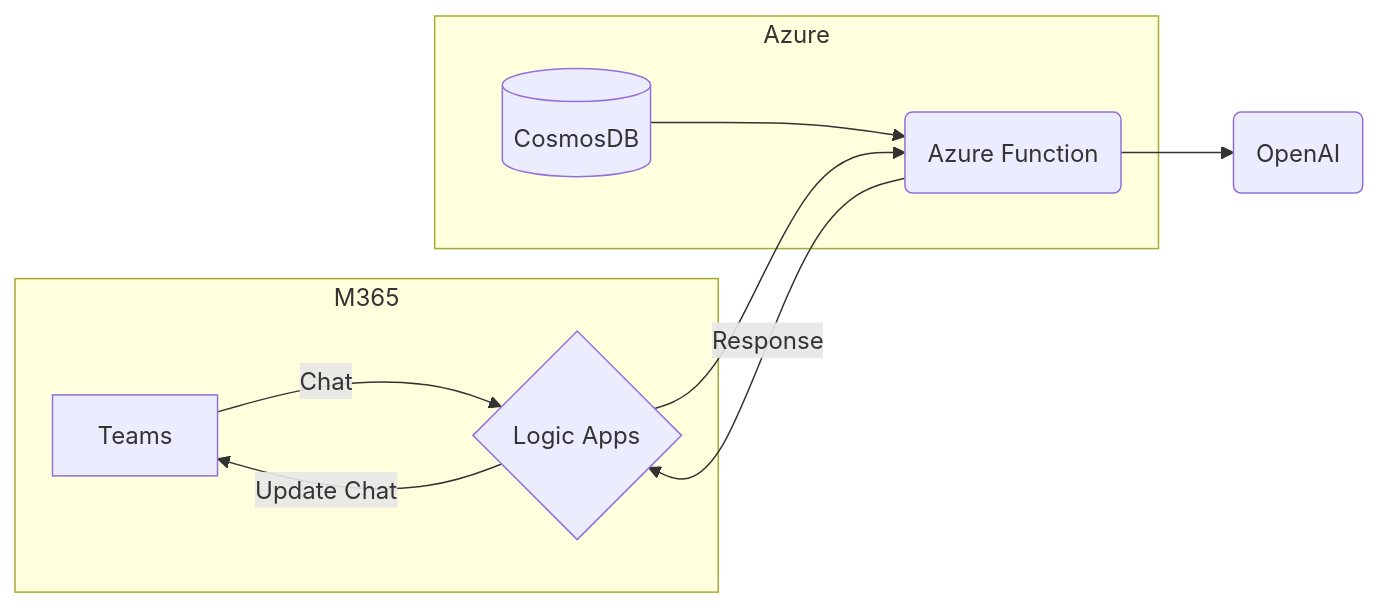
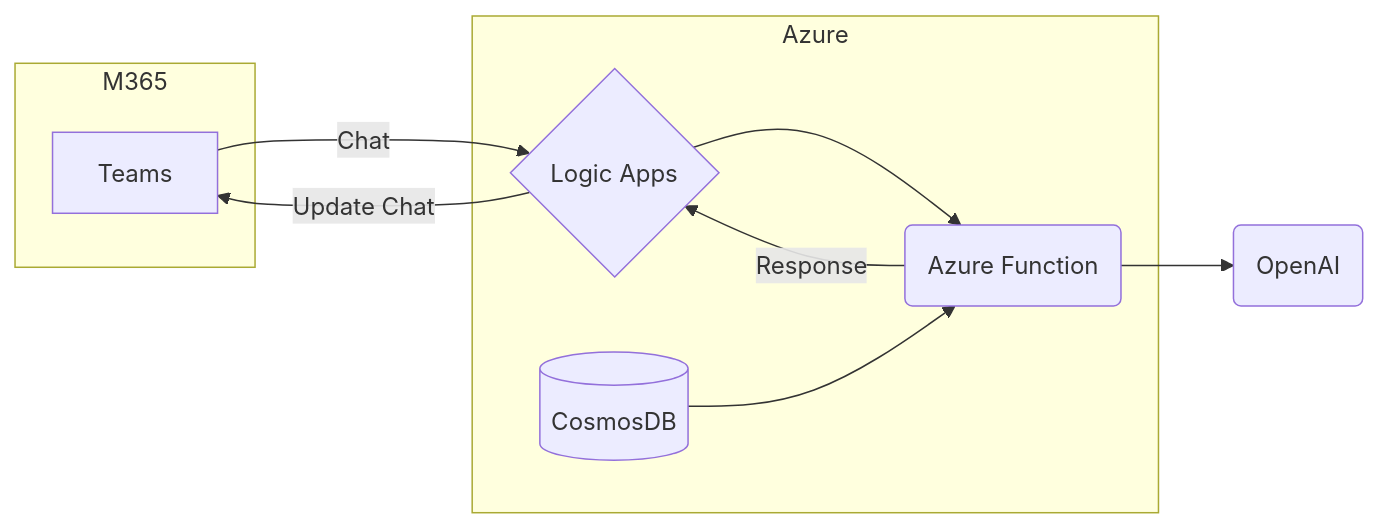
The first of 3 diagrams in README.md (nagendramishr/mini-rag-quickstart), drawn with Mermaid before and after one commit.

````diff
--- a/README.md
+++ b/README.md
@@ -27,13 +27,14 @@
 ```mermaid
 graph LR
 subgraph M365
-A[Teams] -- Chat --> B{Logic Apps}
+A[Teams]
 end
 subgraph Azure
+A-- Chat --> B{Logic Apps}
 B --> C(Azure Function)
 D[(CosmosDB)] --> C
 end
 C --> E(OpenAI)
 C -- Response --> B
 B -- Update Chat --> A 
 ```
````
